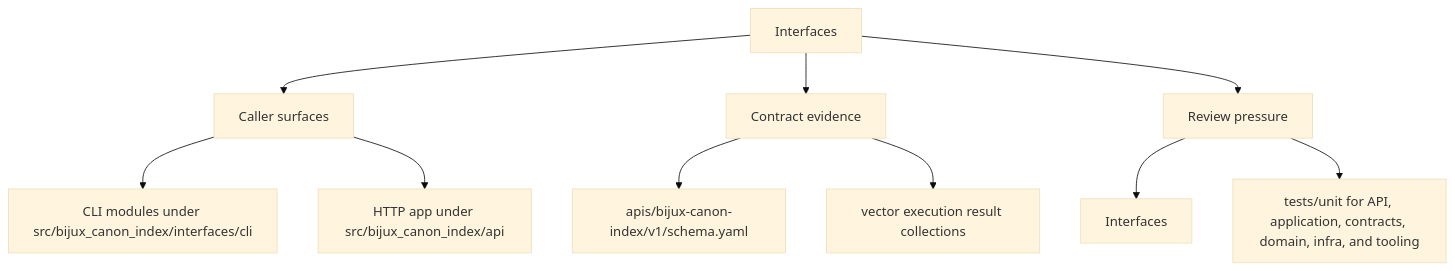
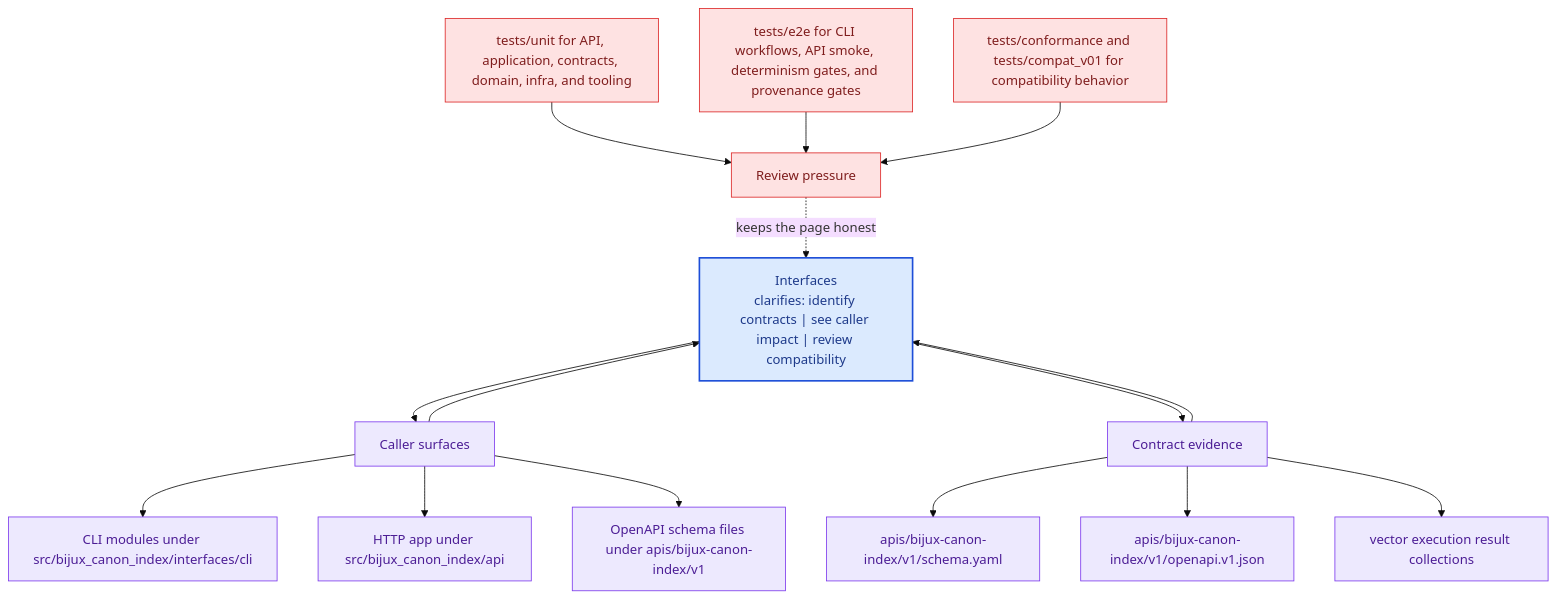
The second of 2 diagrams in docs/bijux-canon-index/interfaces/index.md (bijux/bijux-canon), drawn with Mermaid (base theme) before and after one commit. The commit also changed other lines of this file and 281 other files, not shown here.

Commit message:
docs(diagrams): deepen handbook mermaid maps across the catalog

````diff
--- a/docs/bijux-canon-index/interfaces/index.md
+++ b/docs/bijux-canon-index/interfaces/index.md
@@ -32,22 +65,41 @@
 ```mermaid
-flowchart TD
-    page["Interfaces"]
+flowchart TB
+    promise["Interfaces<br/>clarifies: identify contracts | see caller impact | review compatibility"]
+    classDef promise fill:#dbeafe,stroke:#1d4ed8,color:#1e3a8a,stroke-width:2px;
+    classDef driver fill:#dcfce7,stroke:#16a34a,color:#14532d;
+    classDef constraint fill:#fee2e2,stroke:#dc2626,color:#7f1d1d;
+    classDef ground fill:#ede9fe,stroke:#7c3aed,color:#4c1d95;
     focus1["Caller surfaces"]
-    page --> focus1
+    focus1 --> promise
+    promise --> focus1
     focus1_1["CLI modules under src/bijux_canon_index/interfaces/cli"]
     focus1 --> focus1_1
     focus1_2["HTTP app under src/bijux_canon_index/api"]
     focus1 --> focus1_2
+    focus1_3["OpenAPI schema files under apis/bijux-canon-index/v1"]
+    focus1 --> focus1_3
+    class focus1 ground;
+    class focus1_1,focus1_2,focus1_3 ground;
     focus2["Contract evidence"]
-    page --> focus2
+    focus2 --> promise
+    promise --> focus2
     focus2_1["apis/bijux-canon-index/v1/schema.yaml"]
     focus2 --> focus2_1
-    focus2_2["vector execution result collections"]
+    focus2_2["apis/bijux-canon-index/v1/openapi.v1.json"]
     focus2 --> focus2_2
+    focus2_3["vector execution result collections"]
+    focus2 --> focus2_3
+    class focus2 ground;
+    class focus2_1,focus2_2,focus2_3 ground;
     focus3["Review pressure"]
-    page --> focus3
-    focus3_1["Interfaces"]
-    focus3 --> focus3_1
-    focus3_2["tests/unit for API, application, contracts, domain, infra, and tooling"]
-    focus3 --> focus3_2
+    focus3 -.keeps the page honest.-> promise
+    focus3_1["tests/unit for API, application, contracts, domain, infra, and tooling"]
+    focus3_1 --> focus3
+    focus3_2["tests/e2e for CLI workflows, API smoke, determinism gates, and provenance gates"]
+    focus3_2 --> focus3
+    focus3_3["tests/conformance and tests/compat_v01 for compatibility behavior"]
+    focus3_3 --> focus3
+    class focus3 constraint;
+    class focus3_1,focus3_2,focus3_3 constraint;
+    class promise promise;
 ```
````
